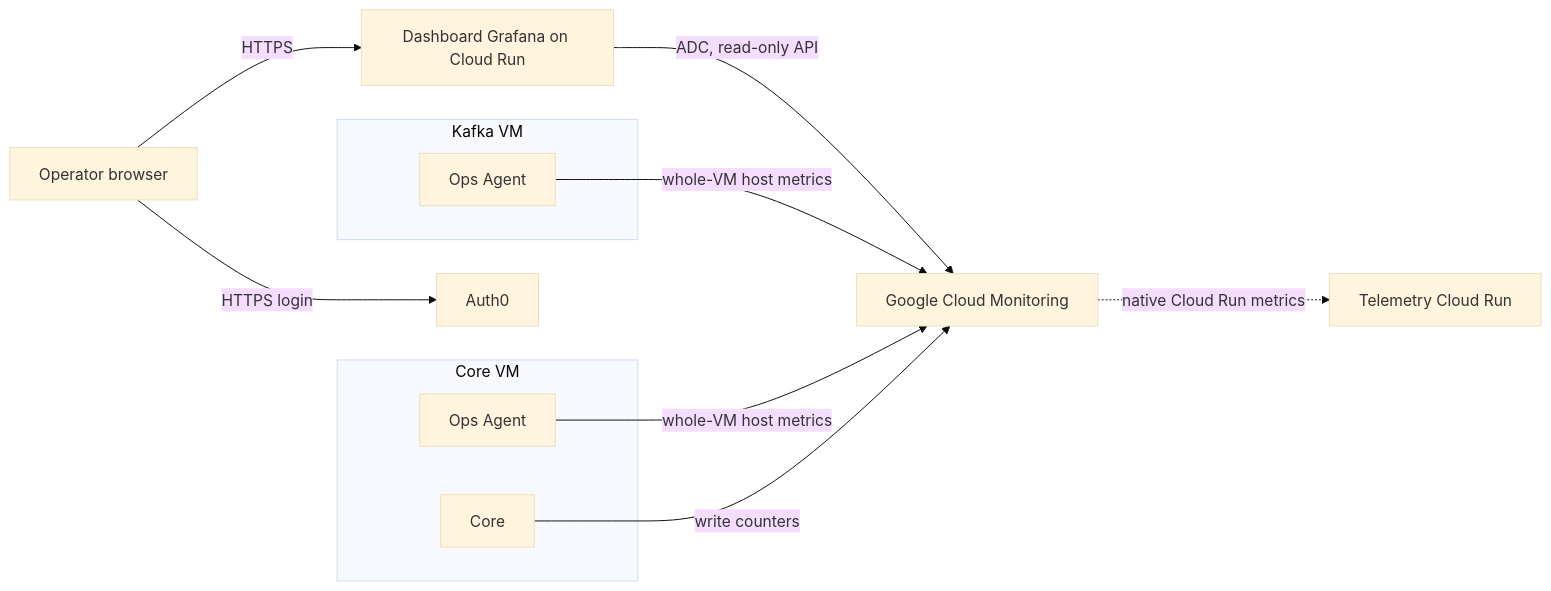
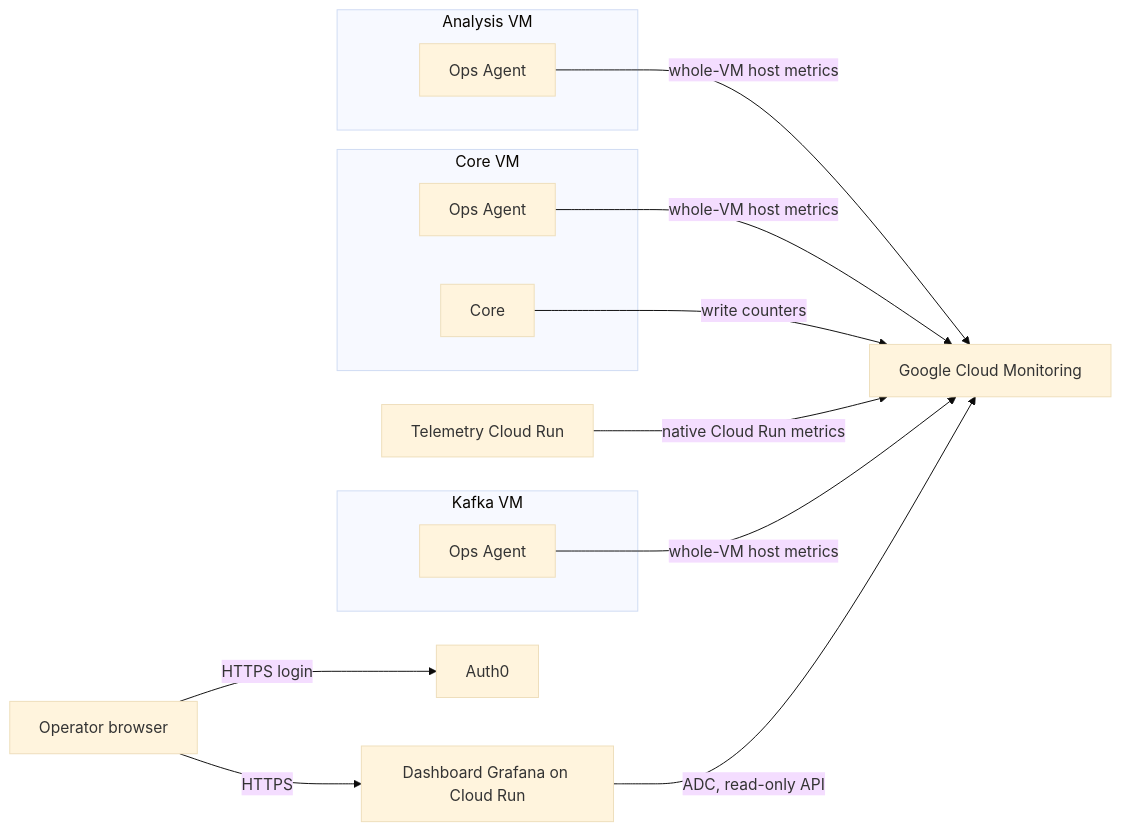
Before and after one commit to ChronoRacer/chronoracer: the diagram in docs/component-dashboard.md, drawn with Mermaid (base theme). The commit also changed other lines of this file and 5 other files, not shown here.

````diff
--- a/docs/component-dashboard.md
+++ b/docs/component-dashboard.md
@@ -80,23 +80,27 @@
 ```mermaid
 flowchart LR
     Operator[Operator browser]
     Auth0[Auth0]
     Dash[Dashboard Grafana on Cloud Run]
     Monitoring[Google Cloud Monitoring]
     subgraph kafkaVm [Kafka VM]
         KafkaAgent[Ops Agent]
     end
     subgraph coreVm [Core VM]
         CoreAgent[Ops Agent]
         Core[Core]
     end
+    subgraph analysisVm [Analysis VM]
+        AnalysisAgent[Ops Agent]
+    end
     Telemetry[Telemetry Cloud Run]
 
     Operator -->|HTTPS login| Auth0
     Operator -->|HTTPS| Dash
     Dash -->|ADC, read-only API| Monitoring
     KafkaAgent -->|whole-VM host metrics| Monitoring
     CoreAgent -->|whole-VM host metrics| Monitoring
+    AnalysisAgent -->|whole-VM host metrics| Monitoring
     Core -->|write counters| Monitoring
-    Monitoring -.->|native Cloud Run metrics| Telemetry
+    Telemetry -->|native Cloud Run metrics| Monitoring
 ```
````
